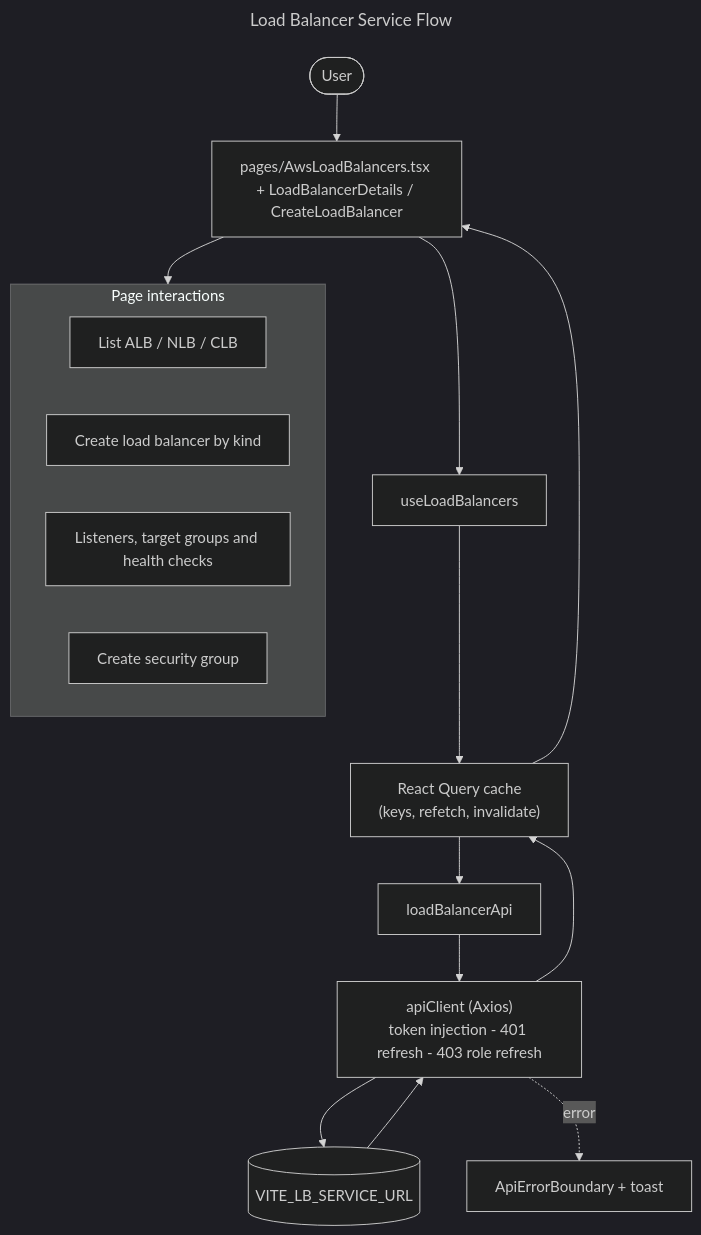
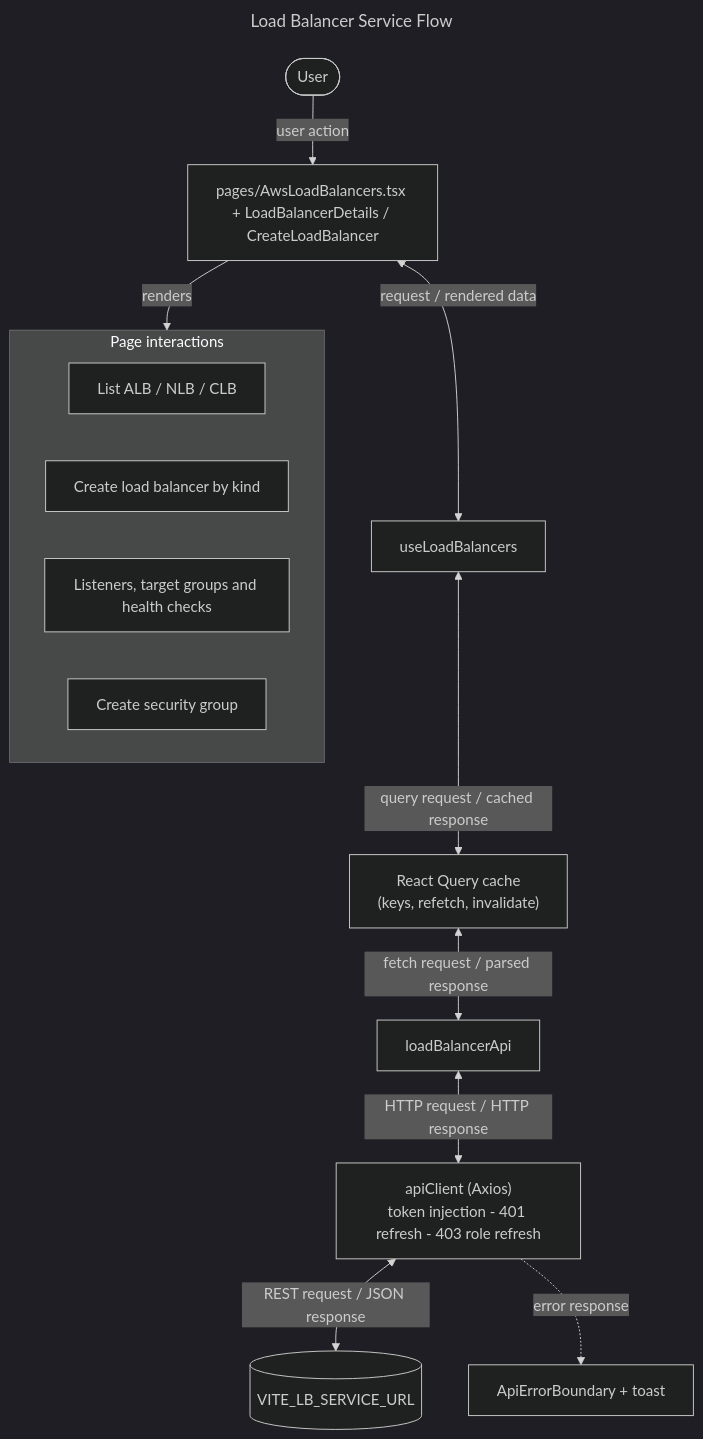
One commit to sayeeduddinofficial/user-table-view changed the diagram in docs/flowcharts/load-balancers.mmd. Above: the diagram before and after it, drawn with Mermaid (dark theme). The commit also changed 18 other files, not shown here.

```diff
--- a/docs/flowcharts/load-balancers.mmd
+++ b/docs/flowcharts/load-balancers.mmd
@@ -1,19 +1,18 @@
 ---
 title: Load Balancer Service Flow
 ---
 flowchart TD
-  U([User]) --> P["pages/AwsLoadBalancers.tsx + LoadBalancerDetails / CreateLoadBalancer"]
-  P --> H["useLoadBalancers"]
-  H --> Q["React Query cache<br/>(keys, refetch, invalidate)"]
-  Q --> A["loadBalancerApi"]
-  A --> C["apiClient (Axios)<br/>token injection - 401 refresh - 403 role refresh"]
-  C --> S[("VITE_LB_SERVICE_URL")]
-  S --> C --> Q --> P
+  U([User]) -->|"user action"| P["pages/AwsLoadBalancers.tsx + LoadBalancerDetails / CreateLoadBalancer"]
+  P <-->|"request / rendered data"| H["useLoadBalancers"]
+  H <-->|"query request / cached response"| Q["React Query cache<br/>(keys, refetch, invalidate)"]
+  Q <-->|"fetch request / parsed response"| A["loadBalancerApi"]
+  A <-->|"HTTP request / HTTP response"| C["apiClient (Axios)<br/>token injection - 401 refresh - 403 role refresh"]
+  C <-->|"REST request / JSON response"| S[("VITE_LB_SERVICE_URL")]
+  P -->|"renders"| UI
   subgraph UI[Page interactions]
     S0["List ALB / NLB / CLB"]
     S1["Create load balancer by kind"]
     S2["Listeners, target groups and health checks"]
     S3["Create security group"]
   end
-  P --> UI
-  C -. error .-> E["ApiErrorBoundary + toast"]
+  C -. "error response" .-> E["ApiErrorBoundary + toast"]
```
